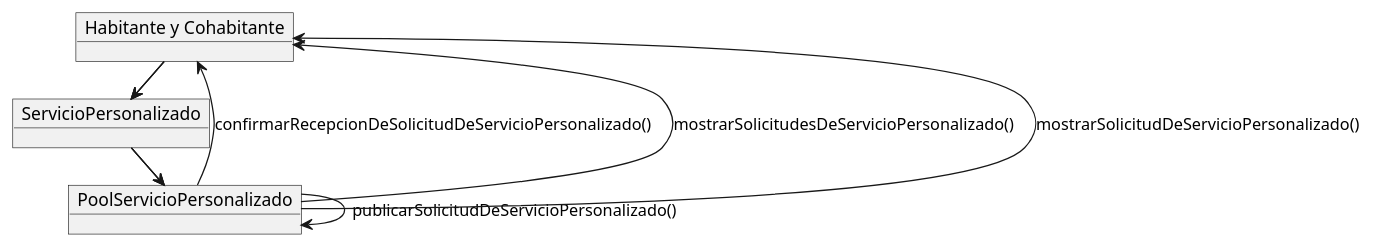
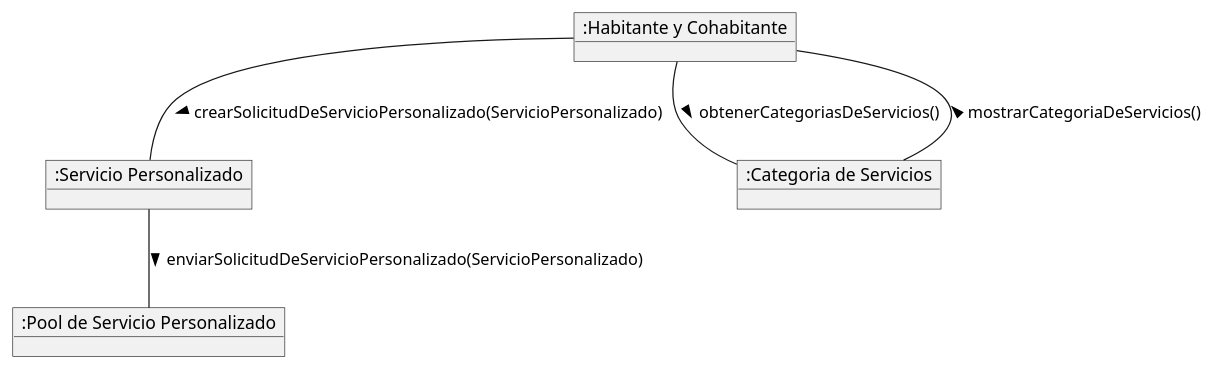
Before and after one commit to UPSA-Projects/docs-condominio: the diagram in docs/src/usecases/CU16/CD16.wsd, drawn with PlantUML. The commit also changed 4 other files, not shown here.

Commit message:
Crando el CD, pero problema con el habitante, ya que el no tiene como objecto la capacidad de crear

```diff
--- a/docs/src/usecases/CU16/CD16.wsd
+++ b/docs/src/usecases/CU16/CD16.wsd
@@ -1,33 +1,13 @@
 @startuml
 
-object "Habitante y Cohabitante" as Habitante
+object ":Habitante y Cohabitante" as Habitante
+object ":Servicio Personalizado" as Servicio
+object ":Categoria de Servicios" as Categoria
+object ":Pool de Servicio Personalizado" as Pool
 
-
-object ServicioPersonalizado
-
-object PoolServicioPersonalizado 
-
-Habitante -> ServicioPersonalizado : crearSolicitudDeServicioPersonalizado()
-
-ServicioPersonalizado -> PoolServicioPersonalizado : enviarSolicitudDeServicioPersonalizado()
-
-PoolServicioPersonalizado -> PoolServicioPersonalizado : publicarSolicitudDeServicioPersonalizado()
-
-PoolServicioPersonalizado --> Habitante : confirmarRecepcionDeSolicitudDeServicioPersonalizado()
-
-
-Habitante -> ServicioPersonalizado : consultarSolicitudesDeServicioPersonalizado()
-
-ServicioPersonalizado -> PoolServicioPersonalizado : consultarSolicitudesDeServicioPersonalizado()
-
-PoolServicioPersonalizado --> Habitante : mostrarSolicitudesDeServicioPersonalizado()
-
-
-Habitante -> ServicioPersonalizado : consultarSolicitudDeServicioPersonalizado()
-
-ServicioPersonalizado -> PoolServicioPersonalizado : consultarSolicitudDeServicioPersonalizado()
-
-PoolServicioPersonalizado --> Habitante : mostrarSolicitudDeServicioPersonalizado()
-
+Habitante -- Categoria : obtenerCategoriasDeServicios() >
+Habitante -- Categoria : mostrarCategoriaDeServicios() <
+Habitante -- Servicio : crearSolicitudDeServicioPersonalizado(ServicioPersonalizado) >
+Servicio -- Pool : enviarSolicitudDeServicioPersonalizado(ServicioPersonalizado) > 
 
 @enduml
```
